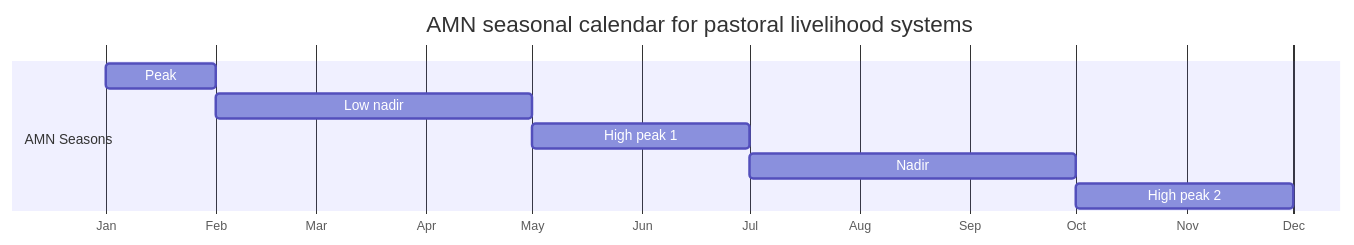
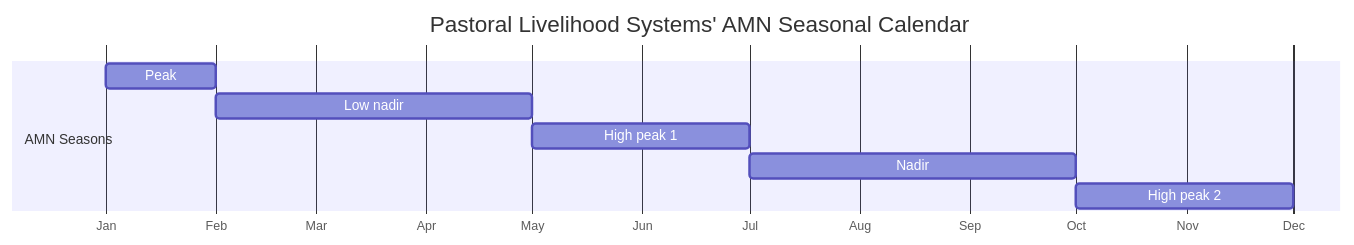
Before and after one commit to nutimes/som-sam-admit: the second of 9 diagrams in slides-revealjs.qmd, drawn with Mermaid. The commit also changed other lines of this file, not shown here.

````diff
--- a/slides-revealjs.qmd
+++ b/slides-revealjs.qmd
@@ -532,17 +518,17 @@
 ```{mermaid}
 %%| label: amn-seasonal-calendar-pastoral
 %%| fig-cap-location: bottom
 %%| fig-height: 5
 %%| fig-width: 14
 gantt
-    title  AMN seasonal calendar for pastoral livelihood systems
+    title  Pastoral Livelihood Systems' AMN Seasonal Calendar
     dateFormat M
     axisFormat %b
     todayMarker off
     section AMN Seasons
     Peak :1, 2
     Low nadir :2, 5
     High peak 1 :5, 7
     Nadir :7, 10
     High peak 2 :10, 12
 ```
````
